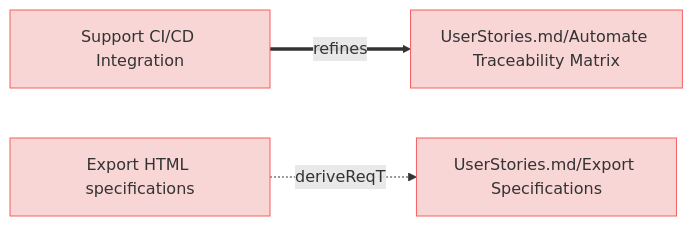
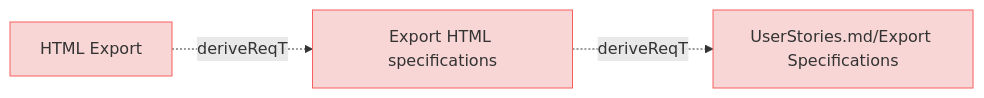
One commit to reqvire-org/reqvire changed the tenth of 10 diagrams in specifications/UserRequirements.md. Above: the diagram before and after it, drawn with Mermaid. The commit also changed other lines of this file and 11 other files, not shown here.

````diff
--- a/specifications/UserRequirements.md
+++ b/specifications/UserRequirements.md
@@ -810,23 +909,20 @@
 ```mermaid
 graph LR;
   %% Graph styling
   classDef requirement fill:#f9d6d6,stroke:#f55f5f,stroke-width:1px;
   classDef verification fill:#d6f9d6,stroke:#5fd75f,stroke-width:1px;
   classDef externalLink fill:#d0e0ff,stroke:#3080ff,stroke-width:1px;
   classDef default fill:#f5f5f5,stroke:#333333,stroke-width:1px;
 
-  33733d2f42["Support CI/CD Integration"];
-  click 33733d2f42 "UserRequirements.md#support-ci/cd-integration";
-  class 33733d2f42 requirement;
-  e4eb5bf7e5["UserStories.md/Automate Traceability Matrix"];
-  class e4eb5bf7e5 requirement;
-  click e4eb5bf7e5 "UserStories.md#generate-traceability-matrix";
-  33733d2f42 ==>|refines| e4eb5bf7e5;
   72c7eda618["Export HTML specifications"];
   click 72c7eda618 "UserRequirements.md#export-html-specifications";
   class 72c7eda618 requirement;
   100197ce81["UserStories.md/Export Specifications"];
   class 100197ce81 requirement;
   click 100197ce81 "UserStories.md#export-specifications";
   72c7eda618 -.->|deriveReqT| 100197ce81;
+  c8b6ccc187["HTML Export"];
+  class c8b6ccc187 requirement;
+  click c8b6ccc187 "SystemRequirements/Requirements.md#html-export";
+  c8b6ccc187 -.->|deriveReqT| 72c7eda618;
 ```
````
